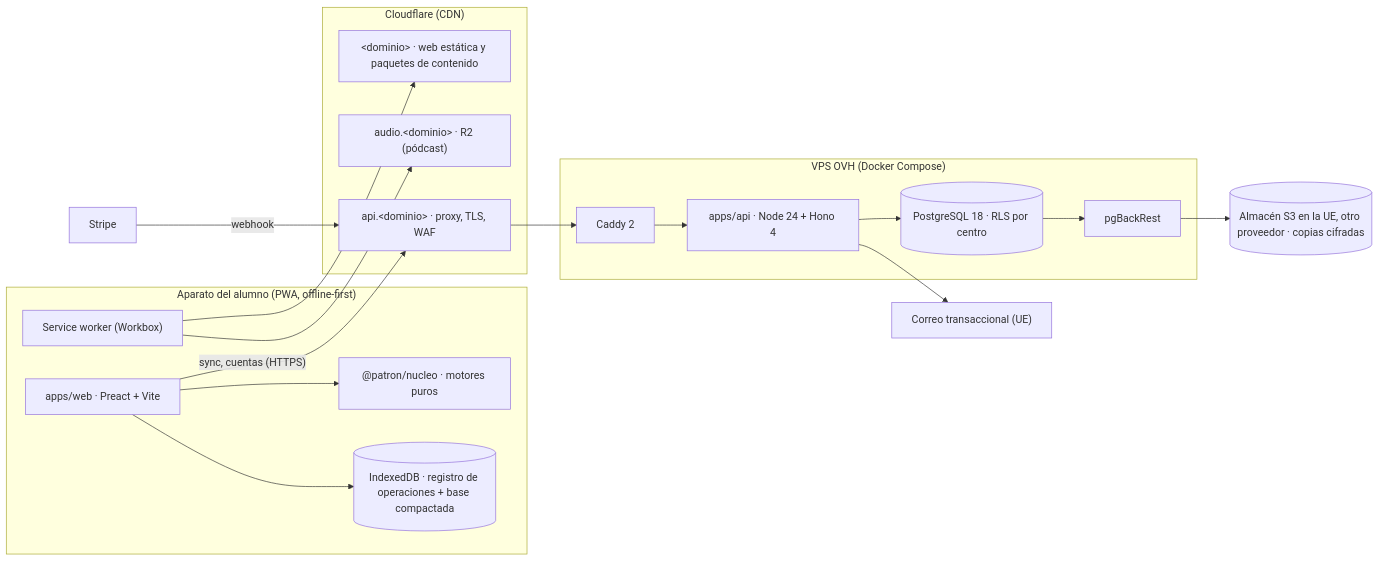
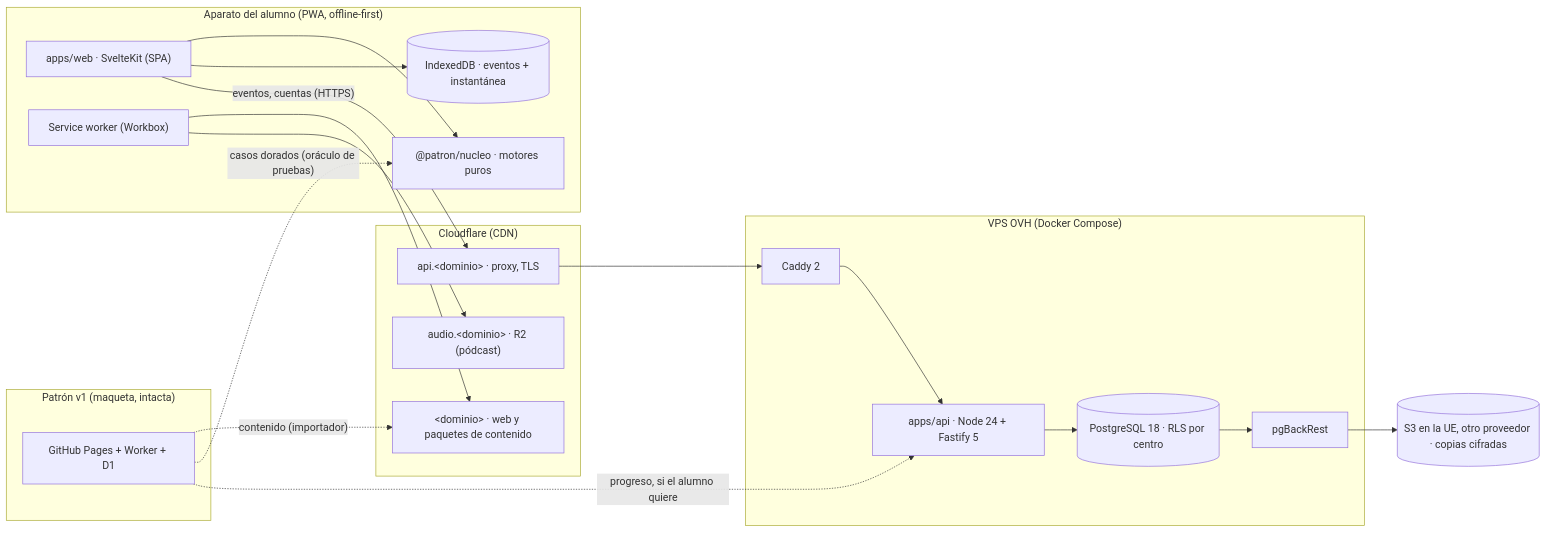
The first of 6 diagrams in nautica/docs/arquitectura/ARQUITECTURA-V2.md (antoniofcano/mis-cosas), drawn with Mermaid before and after one commit. The commit also changed other lines of this file and 29 other files, not shown here.

First line of the commit message:
docs(arquitectura): rehacer como desarrollo nuevo (v1 queda como maqueta y oráculo)

````diff
--- a/nautica/docs/arquitectura/ARQUITECTURA-V2.md
+++ b/nautica/docs/arquitectura/ARQUITECTURA-V2.md
@@ -22,33 +25,35 @@
 ```mermaid
 flowchart LR
+  subgraph V1["Patrón v1 (maqueta, intacta)"]
+    V1APP["GitHub Pages + Worker + D1"]
+  end
   subgraph Aparato["Aparato del alumno (PWA, offline-first)"]
-    UI["apps/web · Preact + Vite"]
+    UI["apps/web · SvelteKit (SPA)"]
     NUC["@patron/nucleo · motores puros"]
-    IDB[("IndexedDB · registro de operaciones + base compactada")]
+    IDB[("IndexedDB · eventos + instantánea")]
     SW["Service worker (Workbox)"]
     UI --> NUC
     UI --> IDB
   end
   subgraph CDN["Cloudflare (CDN)"]
-    EST["&lt;dominio&gt; · web estática y paquetes de contenido"]
+    EST["&lt;dominio&gt; · web y paquetes de contenido"]
     R2["audio.&lt;dominio&gt; · R2 (pódcast)"]
-    PROXY["api.&lt;dominio&gt; · proxy, TLS, WAF"]
+    PROXY["api.&lt;dominio&gt; · proxy, TLS"]
   end
   subgraph VPS["VPS OVH (Docker Compose)"]
     CADDY["Caddy 2"]
-    API["apps/api · Node 24 + Hono 4"]
+    API["apps/api · Node 24 + Fastify 5"]
     PG[("PostgreSQL 18 · RLS por centro")]
     BK["pgBackRest"]
     CADDY --> API --> PG
     PG --> BK
   end
-  S3[("Almacén S3 en la UE, otro proveedor · copias cifradas")]
-  STRIPE["Stripe"]
-  CORREO["Correo transaccional (UE)"]
+  S3[("S3 en la UE, otro proveedor · copias cifradas")]
+  V1APP -. "contenido (importador)" .-> EST
+  V1APP -. "casos dorados (oráculo de pruebas)" .-> NUC
+  V1APP -. "progreso, si el alumno quiere" .-> API
   SW --> EST
   SW --> R2
-  UI -- "sync, cuentas (HTTPS)" --> PROXY --> CADDY
+  UI -- "eventos, cuentas (HTTPS)" --> PROXY --> CADDY
   BK --> S3
-  STRIPE -- webhook --> PROXY
-  API --> CORREO
 ```
````
